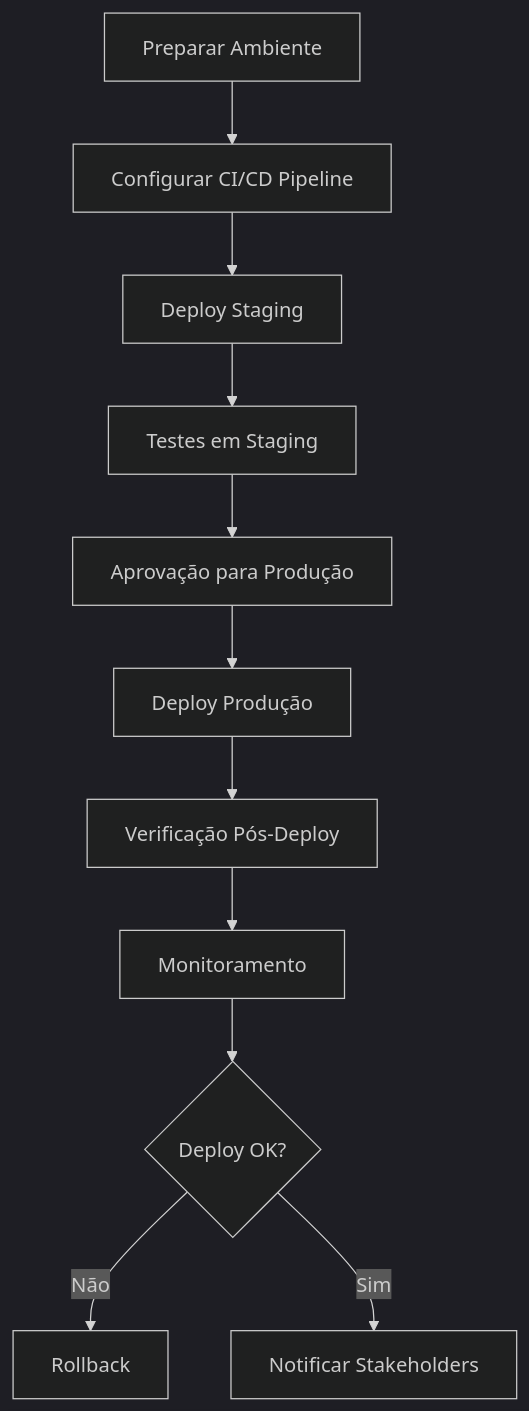
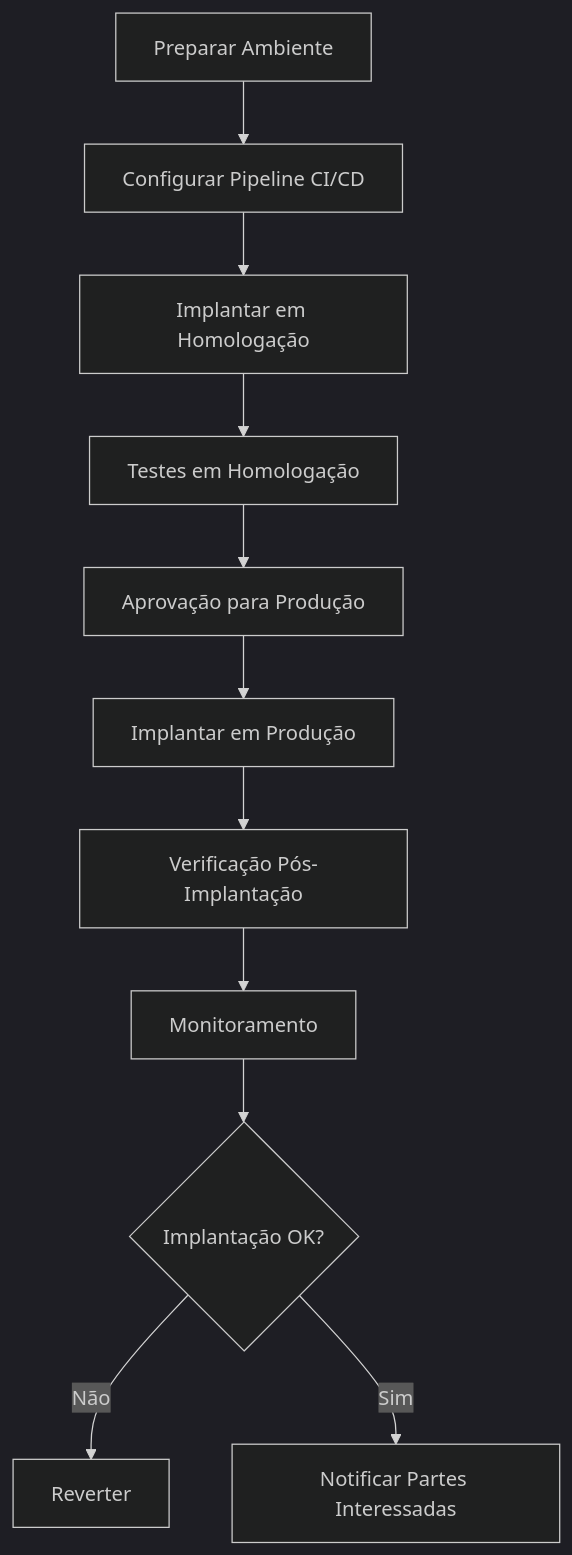
One commit to llopes05/pds-corporativo changed the seventh of 8 diagrams in index.md. Above: the diagram before and after it, drawn with Mermaid (dark theme). The commit also changed other lines of this file and 2 other files, not shown here.

````diff
--- a/index.md
+++ b/index.md
@@ -144,13 +140,13 @@
 ```mermaid
 flowchart TD
-    A[Preparar Ambiente] --> B[Configurar CI/CD Pipeline]
-    B --> C[Deploy Staging]
-    C --> D[Testes em Staging]
+    A[Preparar Ambiente] --> B[Configurar Pipeline CI/CD]
+    B --> C[Implantar em Homologação]
+    C --> D[Testes em Homologação]
     D --> E[Aprovação para Produção]
-    E --> F[Deploy Produção]
-    F --> G[Verificação Pós-Deploy]
+    E --> F[Implantar em Produção]
+    F --> G[Verificação Pós-Implantação]
     G --> H[Monitoramento]
-    H --> I{Deploy OK?}
-    I -->|Não| J[Rollback]
-    I -->|Sim| K[Notificar Stakeholders]
+    H --> I{Implantação OK?}
+    I -->|Não| J[Reverter]
+    I -->|Sim| K[Notificar Partes Interessadas]
 ```
````
